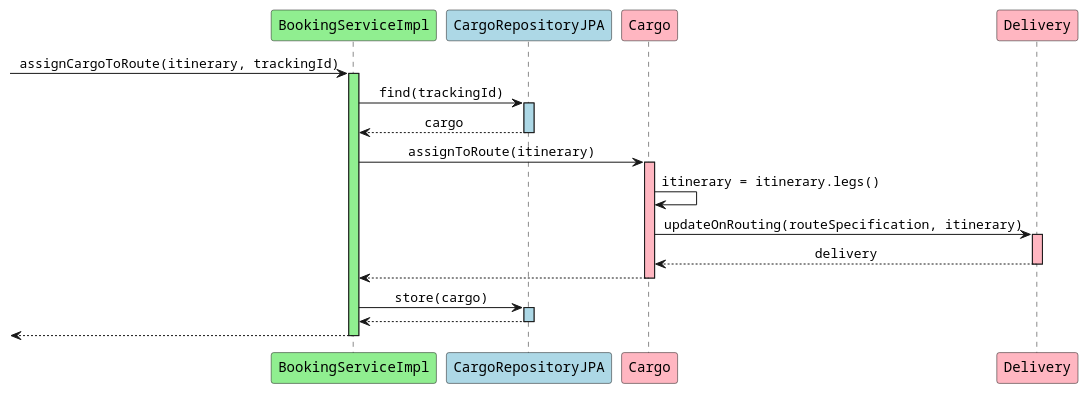
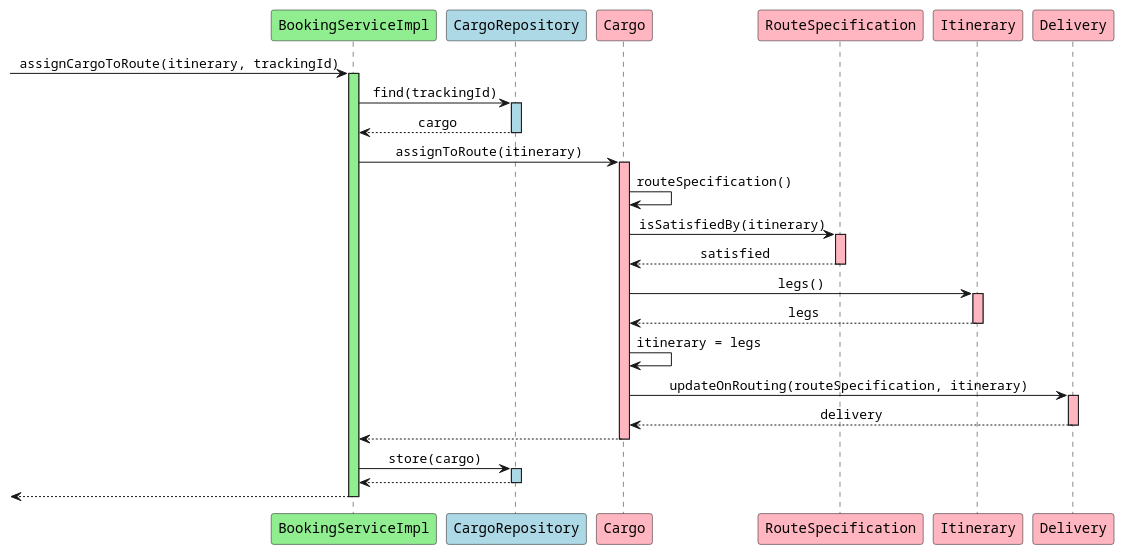
Before and after one commit to aowss/dddsample-core: the diagram in diagrams/BookingServiceImpl_assignCargoToRoute.puml, drawn with PlantUML. The commit also changed 477 other files, not shown here.

```diff
--- a/diagrams/BookingServiceImpl_assignCargoToRoute.puml
+++ b/diagrams/BookingServiceImpl_assignCargoToRoute.puml
@@ -1,40 +1,53 @@
 @startuml
 skinparam monochrome false
 skinparam defaultFontName Courier
 skinparam sequenceMessageAlign center
 
 participant "BookingServiceImpl" as bs #lightgreen
-participant "CargoRepositoryJPA" as cr #lightblue
+participant "CargoRepository" as cr #lightblue
 participant "Cargo" as c #lightpink
+participant "RouteSpecification" as rs #lightpink
+participant "Itinerary" as i #lightpink
 participant "Delivery" as d #lightpink
 
 [-> bs: assignCargoToRoute(itinerary, trackingId)
 activate bs #lightgreen
 
 bs -> cr: find(trackingId)
 activate cr #lightblue
 cr --> bs: cargo
 deactivate cr
 
 bs -> c: assignToRoute(itinerary)
 activate c #lightpink
 
-c -> c: itinerary = itinerary.legs()
+c -> c: routeSpecification()
+c -> rs: isSatisfiedBy(itinerary)
+activate rs #lightpink
+rs --> c: satisfied
+deactivate rs
+
+c -> i: legs()
+activate i #lightpink
+i --> c: legs
+deactivate i
+
+c -> c: itinerary = legs
 
 c -> d: updateOnRouting(routeSpecification, itinerary)
 activate d #lightpink
 d --> c: delivery
 deactivate d
 
 c --> bs
 deactivate c
 
 bs -> cr: store(cargo)
 activate cr #lightblue
 cr --> bs
 deactivate cr
 
 [<-- bs
 deactivate bs
 
 @enduml 
```
